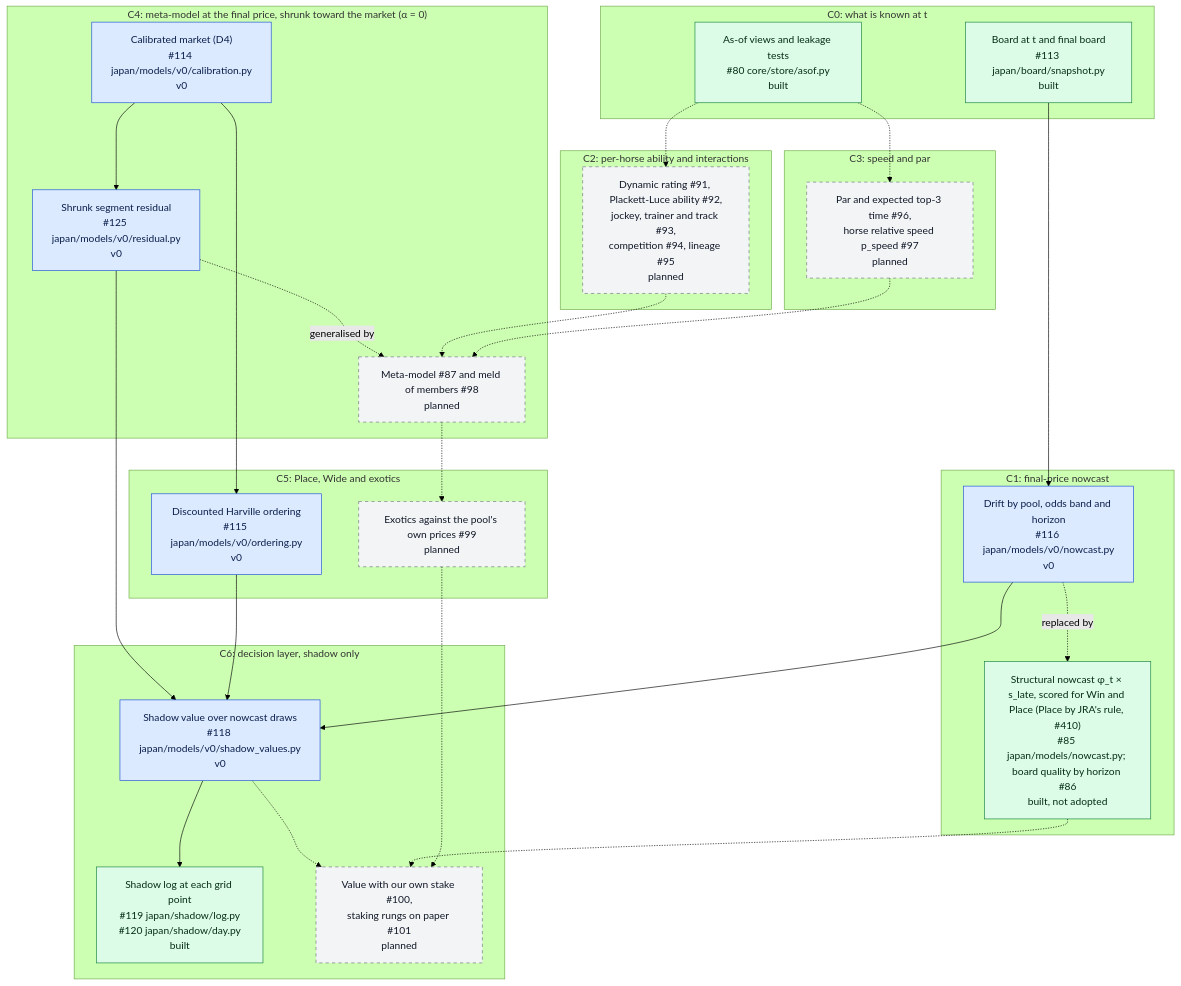
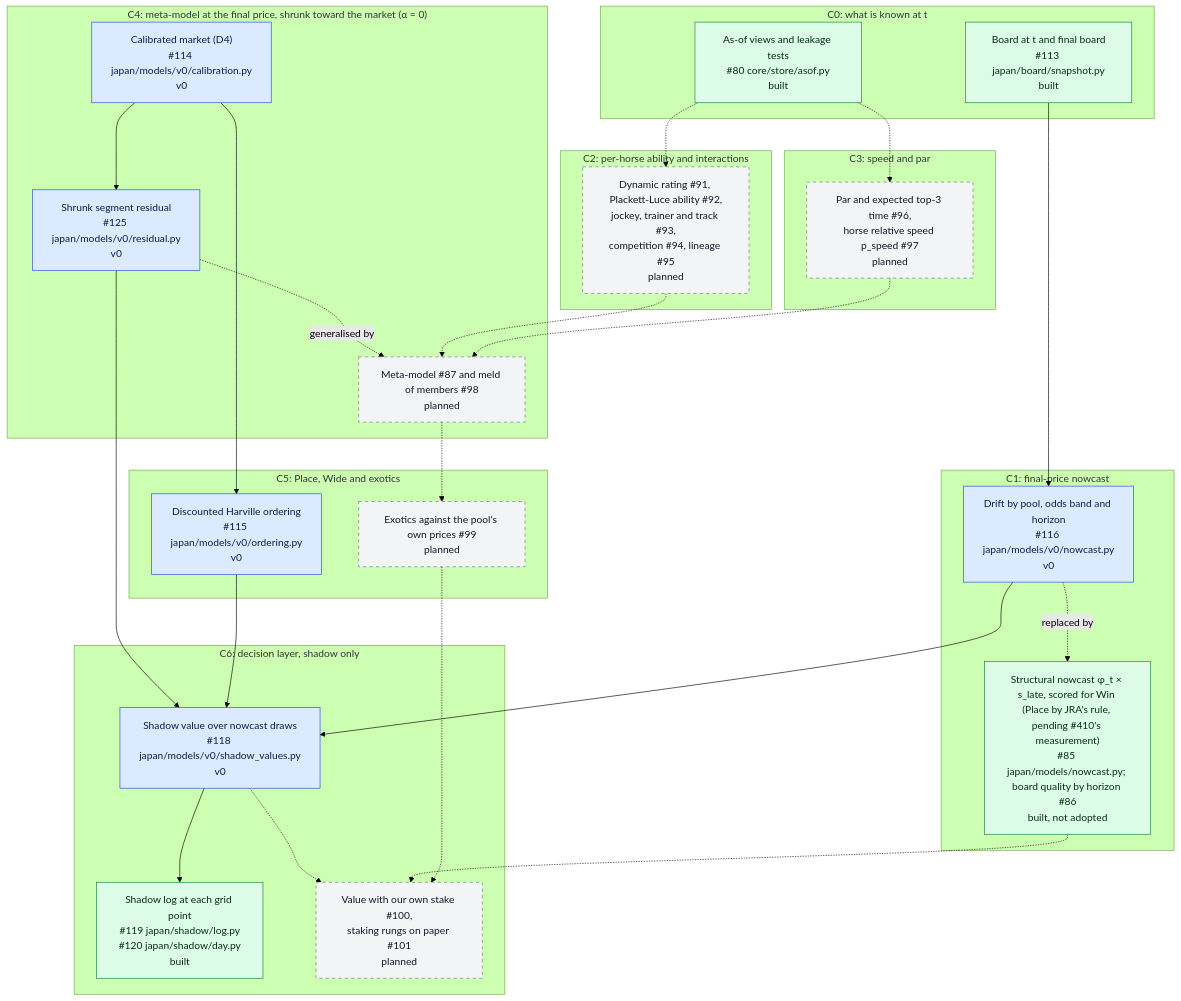
The second of 6 diagrams in docs/modeling.md (rjeskuri/HorseTrackBetting), drawn with Mermaid (forest theme) before and after one commit. The commit also changed 5 other files, not shown here.

First line of the commit message:
Validate the scored Place boards against final votes (#410)

````diff
--- a/docs/modeling.md
+++ b/docs/modeling.md
@@ -65,55 +65,55 @@
 ```mermaid
 flowchart TB
     subgraph L0["C0: what is known at t"]
         ASOF["As-of views and leakage tests<br/>#80 core/store/asof.py<br/>built"]
         BOARD["Board at t and final board<br/>#113 japan/board/snapshot.py<br/>built"]
     end
     subgraph L1["C1: final-price nowcast"]
         NC0["Drift by pool, odds band and horizon<br/>#116 japan/models/v0/nowcast.py<br/>v0"]
-        NC1["Structural nowcast φ_t × s_late, scored for Win and Place (Place by JRA's rule, #410)<br/>#85 japan/models/nowcast.py; board quality by horizon #86<br/>built, not adopted"]
+        NC1["Structural nowcast φ_t × s_late, scored for Win (Place by JRA's rule, pending #410's measurement)<br/>#85 japan/models/nowcast.py; board quality by horizon #86<br/>built, not adopted"]
     end
     subgraph L2["C2: per-horse ability and interactions"]
         ABIL["Dynamic rating #91, Plackett-Luce ability #92,<br/>jockey, trainer and track #93,<br/>competition #94, lineage #95<br/>planned"]
     end
     subgraph L3["C3: speed and par"]
         SPEED["Par and expected top-3 time #96,<br/>horse relative speed p_speed #97<br/>planned"]
     end
     subgraph L4["C4: meta-model at the final price, shrunk toward the market (α = 0)"]
         CAL["Calibrated market (D4)<br/>#114 japan/models/v0/calibration.py<br/>v0"]
         RES["Shrunk segment residual<br/>#125 japan/models/v0/residual.py<br/>v0"]
         META["Meta-model #87 and meld of members #98<br/>planned"]
     end
     subgraph L5["C5: Place, Wide and exotics"]
         ORD["Discounted Harville ordering<br/>#115 japan/models/v0/ordering.py<br/>v0"]
         EXO["Exotics against the pool's own prices #99<br/>planned"]
     end
     subgraph L6["C6: decision layer, shadow only"]
         SV["Shadow value over nowcast draws<br/>#118 japan/models/v0/shadow_values.py<br/>v0"]
         SLOG["Shadow log at each grid point<br/>#119 japan/shadow/log.py<br/>#120 japan/shadow/day.py<br/>built"]
         STAKE["Value with our own stake #100,<br/>staking rungs on paper #101<br/>planned"]
     end
     BOARD --> NC0
     NC0 -.->|"replaced by"| NC1
     ASOF -.-> ABIL
     ASOF -.-> SPEED
     CAL --> RES
     CAL --> ORD
     RES -.->|"generalised by"| META
     ABIL -.-> META
     SPEED -.-> META
     META -.-> EXO
     RES --> SV
     ORD --> SV
     NC0 --> SV
     SV --> SLOG
     SV -.-> STAKE
     NC1 -.-> STAKE
     EXO -.-> STAKE
 
     classDef v0 fill:#dbeafe,stroke:#1d4ed8,color:#0b1f4d
     classDef built fill:#dcfce7,stroke:#15803d,color:#052e16
     classDef planned fill:#f3f4f6,stroke:#6b7280,stroke-dasharray: 5 5,color:#111827
     class NC0,CAL,RES,ORD,SV v0
     class ASOF,BOARD,SLOG,NC1 built
     class ABIL,SPEED,META,EXO,STAKE planned
 ```
````
